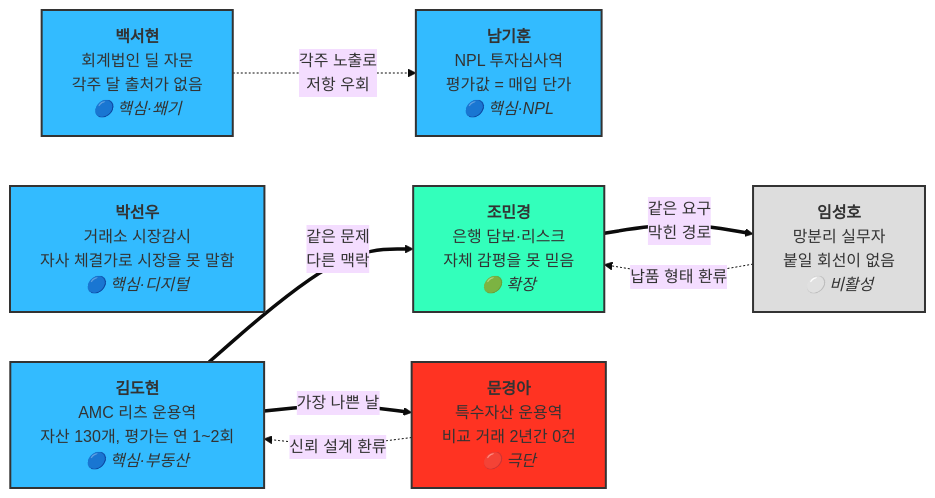
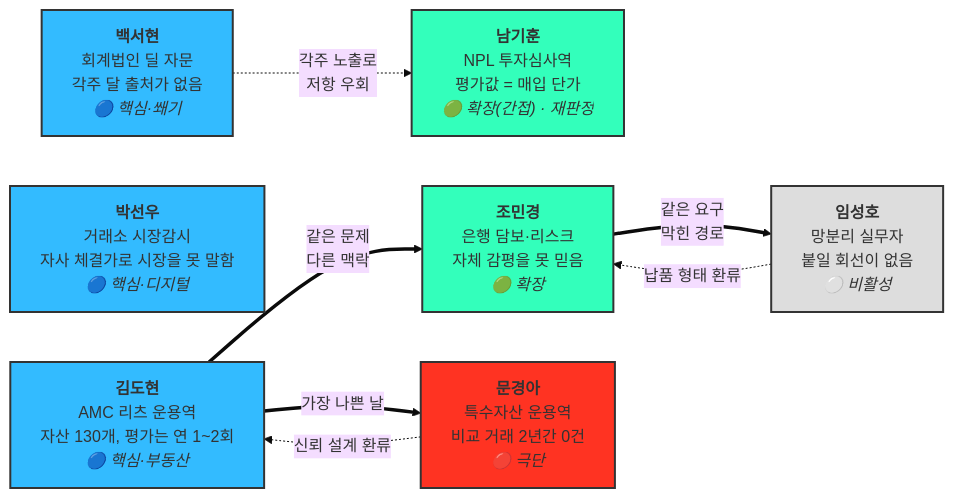
One commit to STERNYUL/business_research_202608 changed the second of 6 diagrams in 08_value-proposition/VALUE-PROPOSITION_자산가치평가인프라_claude-opus-5-1m_effort-high.md. Above: the diagram before and after it, drawn with Mermaid (base theme). The commit also changed other lines of this file and 4 other files, not shown here.

First line of the commit message:
docs: 남기훈(NPL) 세그먼트 재판정 및 관련 문서 갱신

````diff
--- a/08_value-proposition/VALUE-PROPOSITION_자산가치평가인프라_claude-opus-5-1m_effort-high.md
+++ b/08_value-proposition/VALUE-PROPOSITION_자산가치평가인프라_claude-opus-5-1m_effort-high.md
@@ -88,22 +90,22 @@
 ```mermaid
 graph LR
     K["<b>김도현</b><br/>AMC 리츠 운용역<br/>자산 130개, 평가는 연 1~2회<br/><i>🔵 핵심·부동산</i>"]:::core
     P["<b>박선우</b><br/>거래소 시장감시<br/>자사 체결가로 시장을 못 말함<br/><i>🔵 핵심·디지털</i>"]:::core
-    N["<b>남기훈</b><br/>NPL 투자심사역<br/>평가값 = 매입 단가<br/><i>🔵 핵심·NPL</i>"]:::core
+    N["<b>남기훈</b><br/>NPL 투자심사역<br/>평가값 = 매입 단가<br/><i>🟢 확장(간접) · 재판정</i>"]:::adj
     B["<b>백서현</b><br/>회계법인 딜 자문<br/>각주 달 출처가 없음<br/><i>🔵 핵심·쐐기</i>"]:::core
     J["<b>조민경</b><br/>은행 담보·리스크<br/>자체 감평을 못 믿음<br/><i>🟢 확장</i>"]:::adj
     M["<b>문경아</b><br/>특수자산 운용역<br/>비교 거래 2년간 0건<br/><i>🔴 극단</i>"]:::ext
     I["<b>임성호</b><br/>망분리 실무자<br/>붙일 회선이 없음<br/><i>⚪ 비활성</i>"]:::non
 
     K ==>|"같은 문제<br/>다른 맥락"| J
     K ==>|"가장 나쁜 날"| M
     J ==>|"같은 요구<br/>막힌 경로"| I
     B -.->|"각주 노출로<br/>저항 우회"| N
     M -.->|"신뢰 설계 환류"| K
     I -.->|"납품 형태 환류"| J
 
     classDef core fill:#33BBFF,stroke:#333,stroke-width:2px;
     classDef adj fill:#33FFBB,stroke:#333,stroke-width:2px;
     classDef ext fill:#FF3322,stroke:#333,stroke-width:2px;
     classDef non fill:#DDDDDD,stroke:#333,stroke-width:2px;
 ```
````
